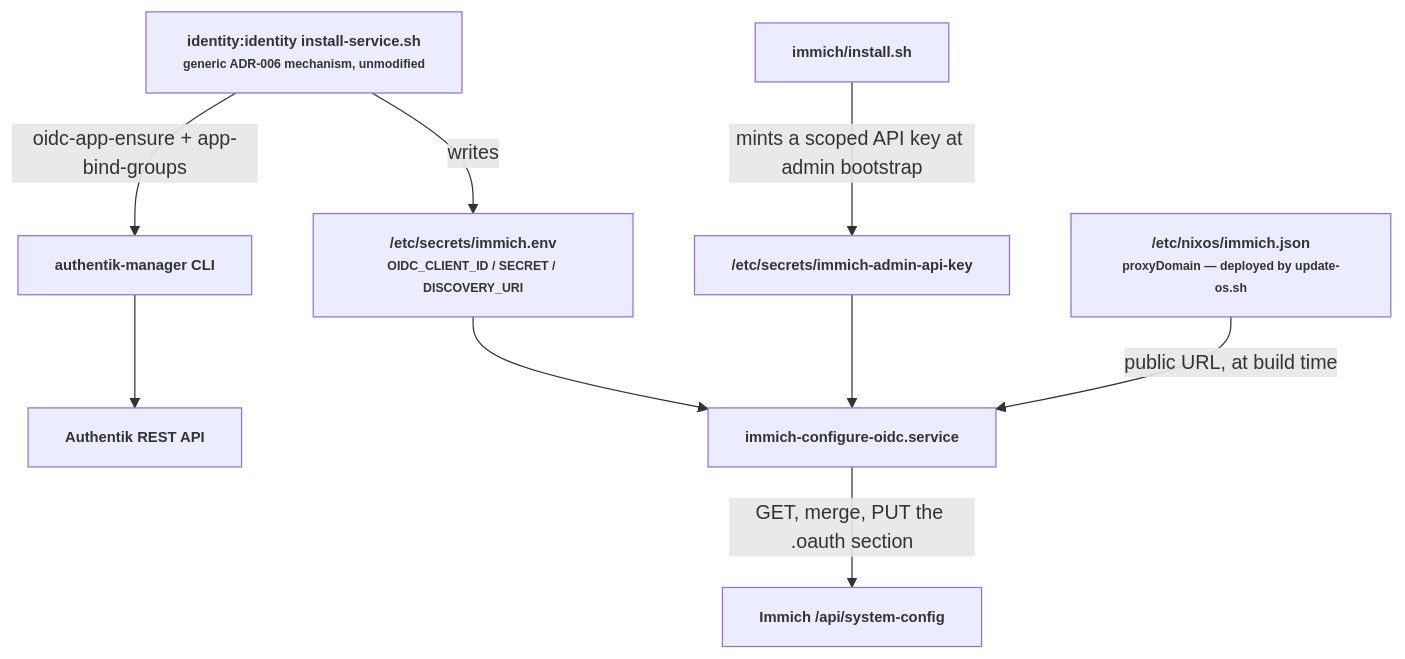
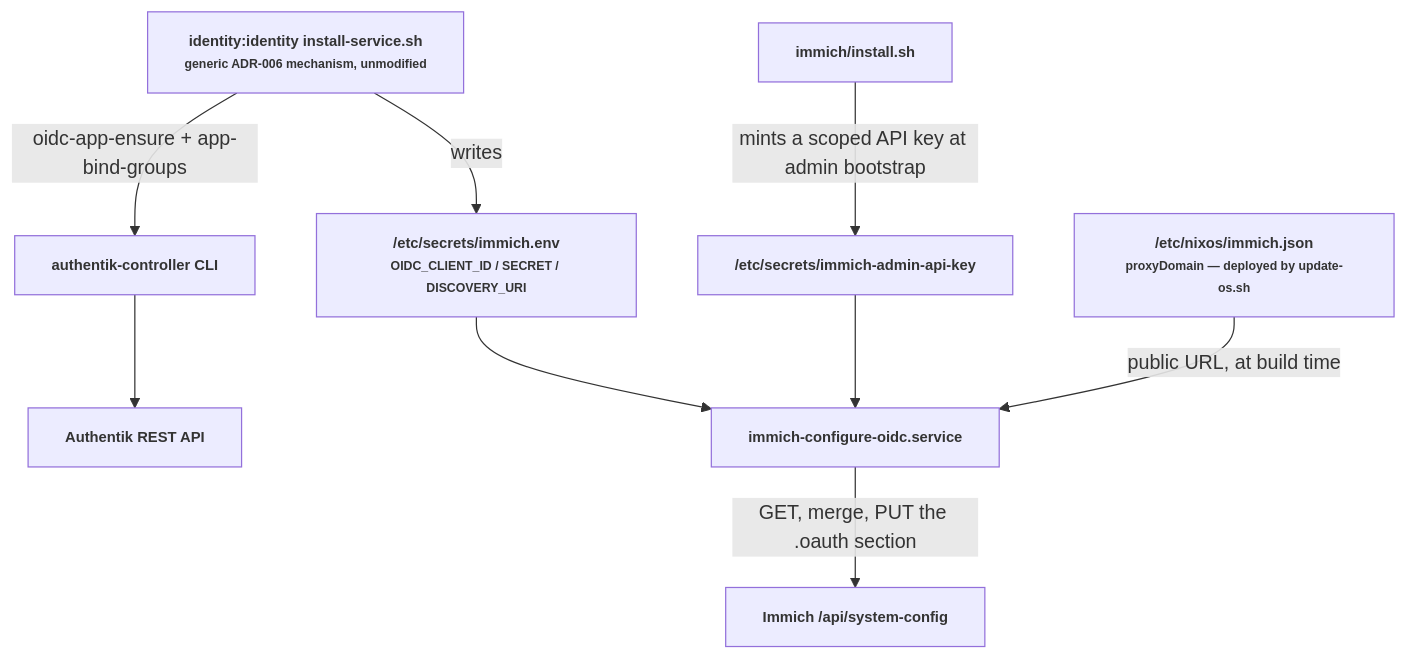
Before and after one commit to TAPPaaS/TAPPaaS: the first of 2 diagrams in src/home/immich/README.md, drawn with Mermaid. The commit also changed other lines of this file and 187 other files, not shown here.

````diff
--- a/src/home/immich/README.md
+++ b/src/home/immich/README.md
@@ -82,25 +82,25 @@
 ```mermaid
 graph TD
     classDef default font-size:12px,font-weight:bold;
 
     installsvc["identity:identity install-service.sh<br/><small>generic ADR-006 mechanism, unmodified</small>"]
-    authentikcli["authentik-manager CLI"]
+    authentikcli["authentik-controller CLI"]
     authentikapi["Authentik REST API"]
     secretsenv["/etc/secrets/immich.env<br/><small>OIDC_CLIENT_ID / SECRET / DISCOVERY_URI</small>"]
 
     companion["/etc/nixos/immich.json<br/><small>proxyDomain — deployed by update-os.sh</small>"]
     installsh["immich/install.sh"]
     apikeyfile["/etc/secrets/immich-admin-api-key"]
 
     configuresvc["immich-configure-oidc.service"]
     immichapi["Immich /api/system-config"]
 
     installsvc -->|"oidc-app-ensure + app-bind-groups"| authentikcli --> authentikapi
     installsvc -->|writes| secretsenv
     installsh -->|"mints a scoped API key at admin bootstrap"| apikeyfile
 
     secretsenv --> configuresvc
     apikeyfile --> configuresvc
     companion -->|"public URL, at build time"| configuresvc
     configuresvc -->|"GET, merge, PUT the .oauth section"| immichapi
 ```
````
